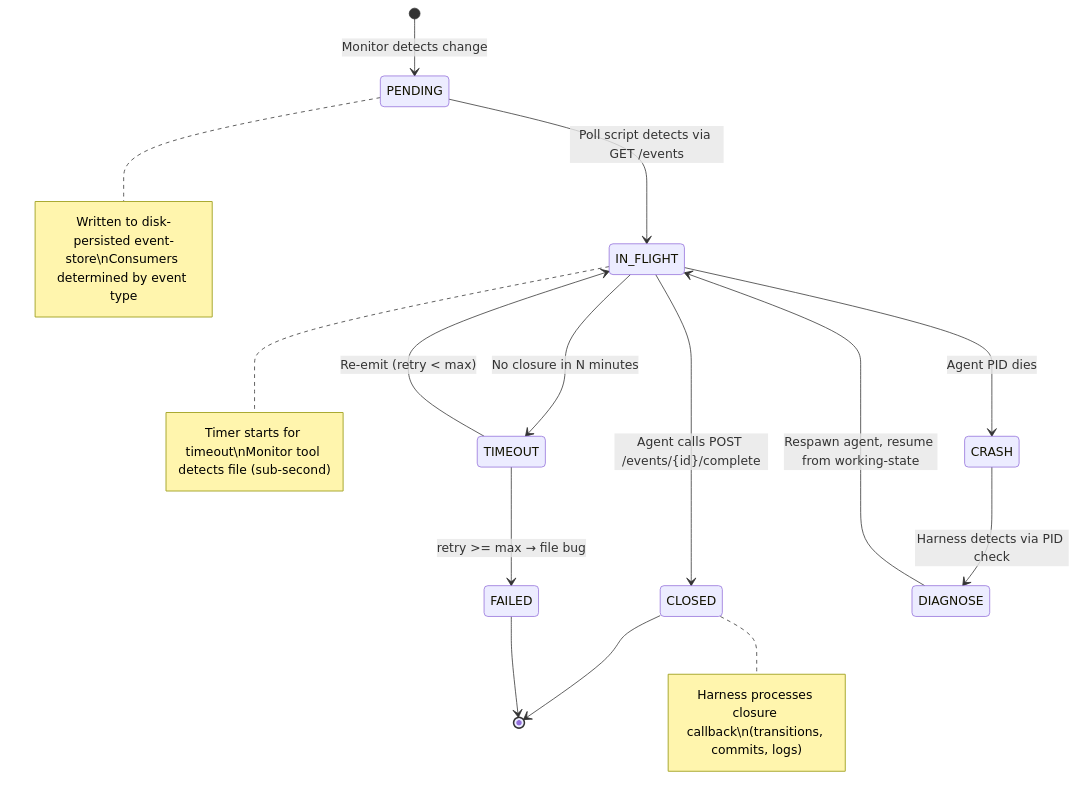
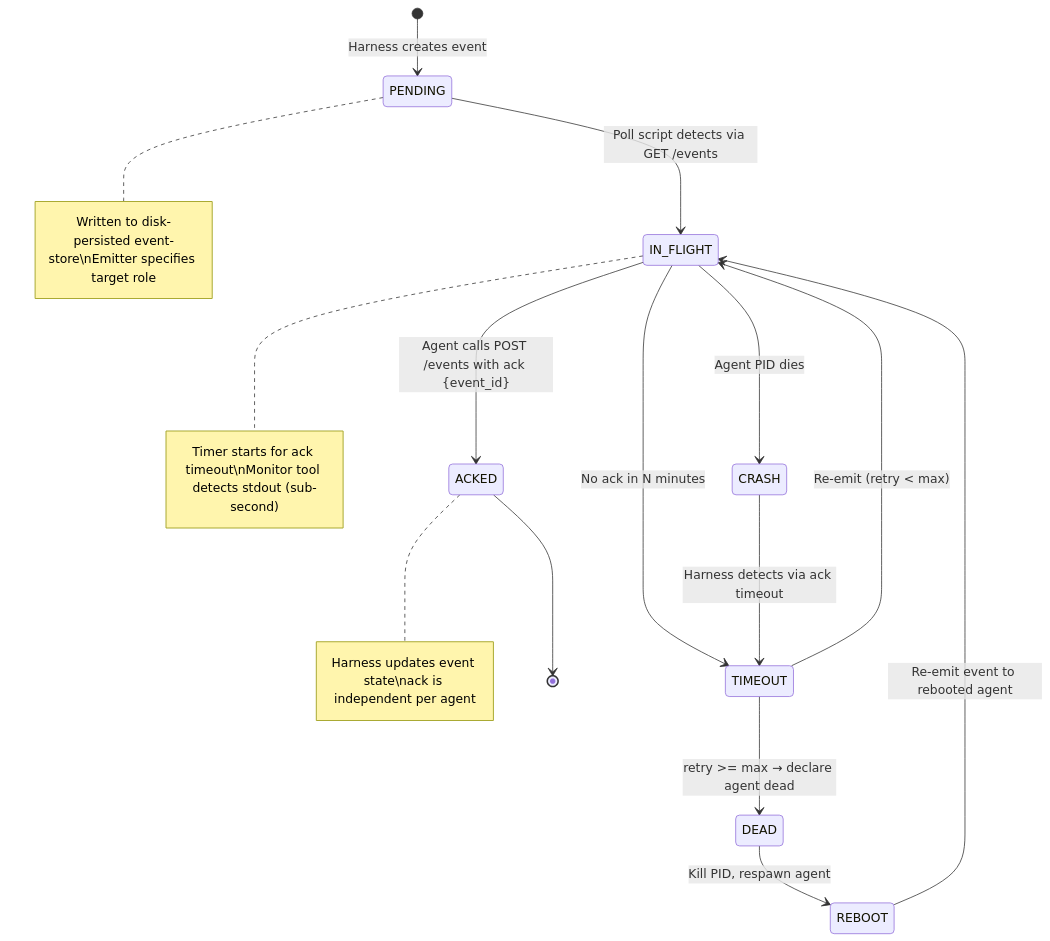
Before and after one commit to WallyDoodlez/SquidSquad: the sixth of 6 diagrams in .squidsquad/pm/planning/FEAT-PM-7630-PRD.md, drawn with Mermaid. The commit also changed other lines of this file, not shown here.

Commit message:
pm: #7630 — PRD v2: full rewrite with 5-event model, ack closure, external activity detector (35 consistency fixes applied)

````diff
--- a/.squidsquad/pm/planning/FEAT-PM-7630-PRD.md
+++ b/.squidsquad/pm/planning/FEAT-PM-7630-PRD.md
@@ -268,22 +270,22 @@
 ```mermaid
 stateDiagram-v2
-    [*] --> PENDING: Monitor detects change
+    [*] --> PENDING: Harness creates event
     PENDING --> IN_FLIGHT: Poll script detects via GET /events
 
-    IN_FLIGHT --> CLOSED: Agent calls POST /events/{id}/complete
-    IN_FLIGHT --> TIMEOUT: No closure in N minutes
+    IN_FLIGHT --> ACKED: Agent calls POST /events with ack {event_id}
+    IN_FLIGHT --> TIMEOUT: No ack in N minutes
     IN_FLIGHT --> CRASH: Agent PID dies
 
     TIMEOUT --> IN_FLIGHT: Re-emit (retry < max)
-    TIMEOUT --> FAILED: retry >= max → file bug
+    TIMEOUT --> DEAD: retry >= max → declare agent dead
+    DEAD --> REBOOT: Kill PID, respawn agent
+    REBOOT --> IN_FLIGHT: Re-emit event to rebooted agent
 
-    CRASH --> DIAGNOSE: Harness detects via PID check
-    DIAGNOSE --> IN_FLIGHT: Respawn agent, resume from working-state
+    CRASH --> TIMEOUT: Harness detects via ack timeout
 
-    CLOSED --> [*]
-    FAILED --> [*]
+    ACKED --> [*]
 
-    note right of PENDING: Written to disk-persisted event-store\nConsumers determined by event type
-    note right of IN_FLIGHT: Timer starts for timeout\nMonitor tool detects file (sub-second)
-    note right of CLOSED: Harness processes closure callback\n(transitions, commits, logs)
+    note right of PENDING: Written to disk-persisted event-store\nEmitter specifies target role
+    note right of IN_FLIGHT: Timer starts for ack timeout\nMonitor tool detects stdout (sub-second)
+    note right of ACKED: Harness updates event state\nack is independent per agent
 ```
````
